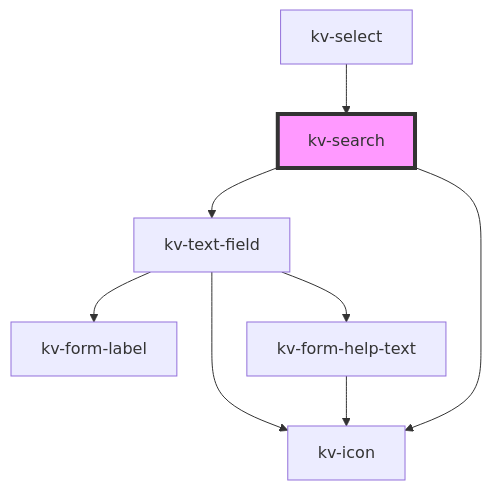
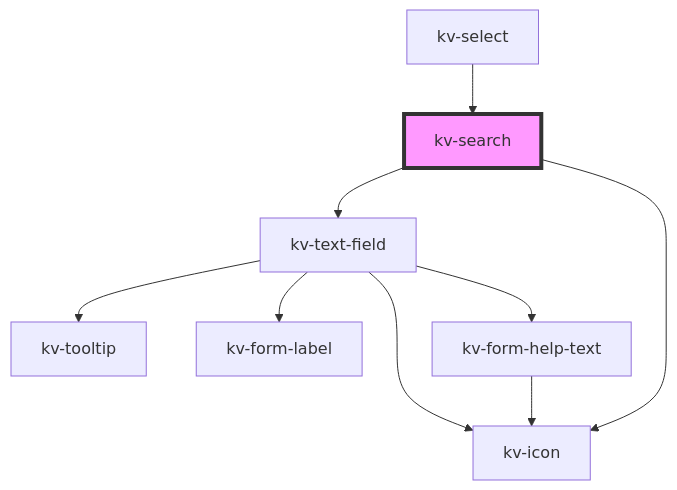
The diagram in packages/ui-components/src/components/search/readme.md (kelvininc/ui-components), drawn with Mermaid before and after one commit. The commit also changed 84 other files, not shown here.

````diff
--- a/packages/ui-components/src/components/search/readme.md
+++ b/packages/ui-components/src/components/search/readme.md
@@ -79,11 +79,12 @@
 ```mermaid
 graph TD;
   kv-search --> kv-text-field
   kv-search --> kv-icon
+  kv-text-field --> kv-tooltip
   kv-text-field --> kv-form-label
   kv-text-field --> kv-icon
   kv-text-field --> kv-form-help-text
   kv-form-help-text --> kv-icon
   kv-select --> kv-search
   style kv-search fill:#f9f,stroke:#333,stroke-width:4px
 ```
````
